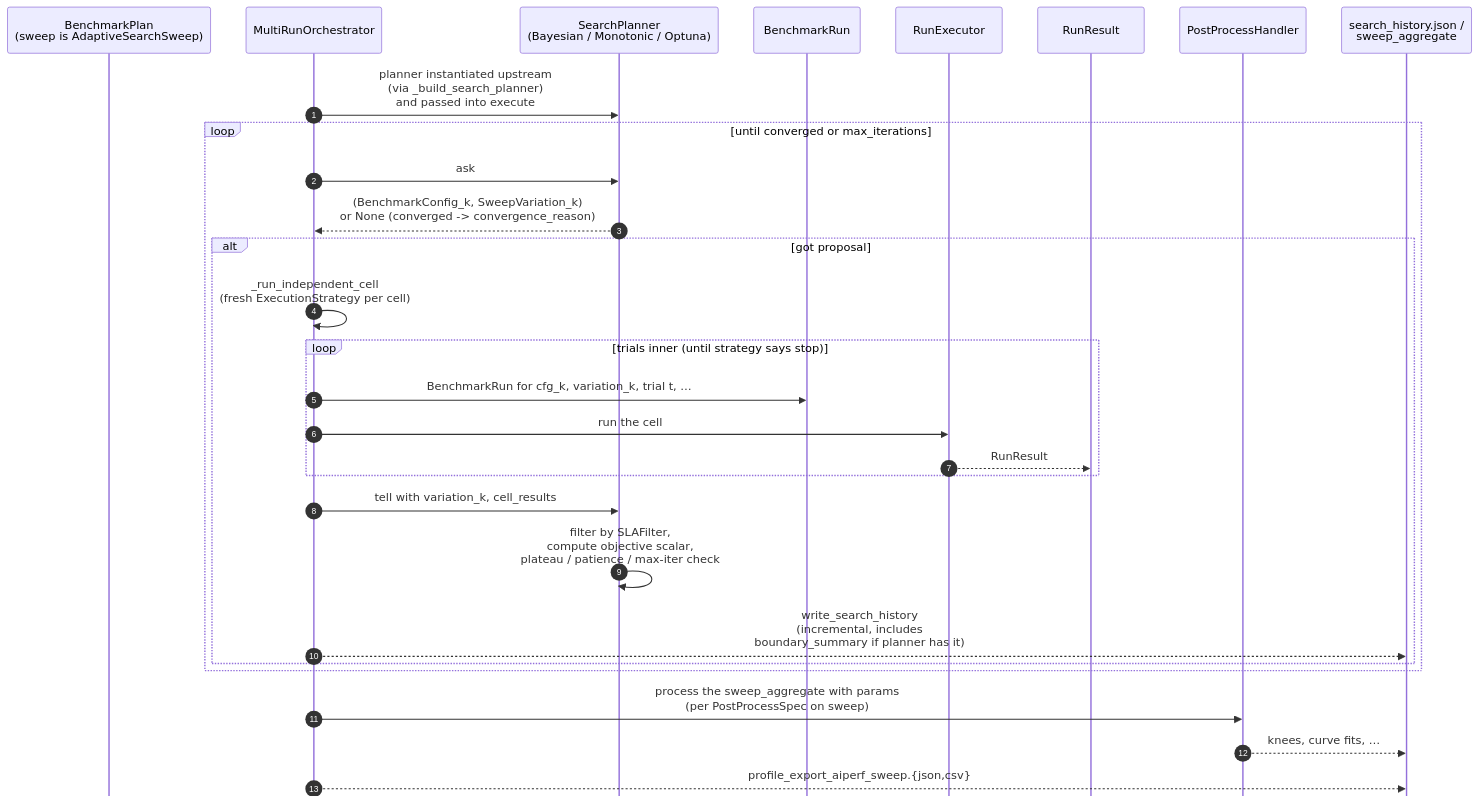
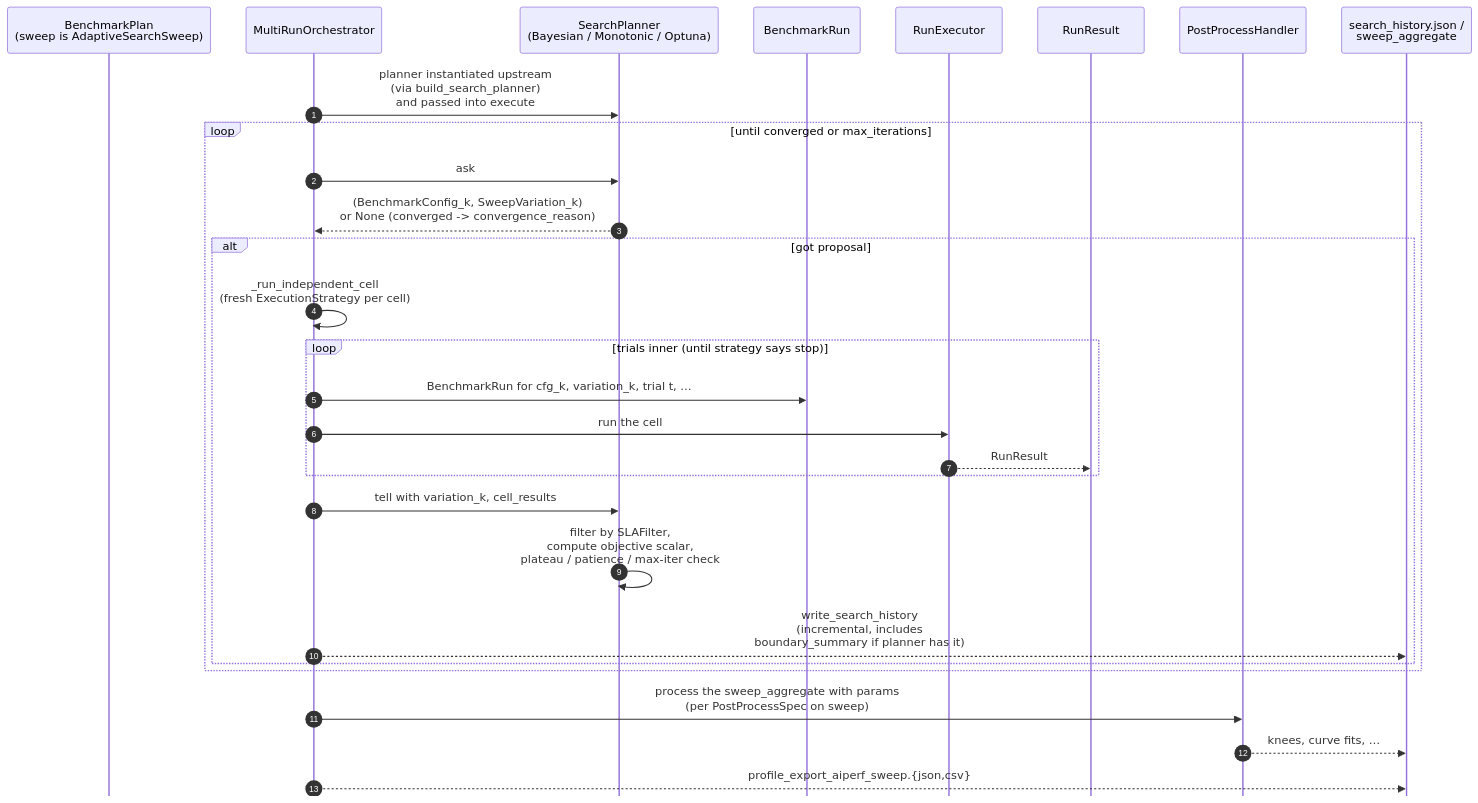
Before and after one commit to ai-dynamo/aiperf: diagram 31 of 35 in fern/pages-dev/dev/sweep-orchestrator.md, drawn with Mermaid. The commit also changed other lines of this file and 41 other files, not shown here.

````diff
--- a/fern/pages-dev/dev/sweep-orchestrator.md
+++ b/fern/pages-dev/dev/sweep-orchestrator.md
@@ -1928,35 +1935,35 @@
 ```mermaid
 %%{init: {'sequence': {'mirrorActors': false}, 'themeVariables': {'fontSize': '14px'}}}%%
 sequenceDiagram
     autonumber
     participant Plan as BenchmarkPlan<br/>(sweep is AdaptiveSearchSweep)
     participant Orch as MultiRunOrchestrator
     participant Pl as SearchPlanner<br/>(Bayesian / Monotonic / Optuna)
     participant Run as BenchmarkRun
     participant Exec as RunExecutor
     participant Res as RunResult
     participant PP as PostProcessHandler
     participant Out as search_history.json /<br/>sweep_aggregate
 
-    Orch->>Pl: planner instantiated upstream<br/>(via _build_search_planner)<br/>and passed into execute
+    Orch->>Pl: planner instantiated upstream<br/>(via build_search_planner)<br/>and passed into execute
 
     loop until converged or max_iterations
         Orch->>Pl: ask
         Pl-->>Orch: (BenchmarkConfig_k, SweepVariation_k)<br/>or None (converged -> convergence_reason)
         alt got proposal
             Orch->>Orch: _run_independent_cell<br/>(fresh ExecutionStrategy per cell)
             loop trials inner (until strategy says stop)
                 Orch->>Run: BenchmarkRun for cfg_k, variation_k, trial t, …
                 Orch->>Exec: run the cell
                 Exec-->>Res: RunResult
             end
             Orch->>Pl: tell with variation_k, cell_results
             Pl->>Pl: filter by SLAFilter,<br/>compute objective scalar,<br/>plateau / patience / max-iter check
             Orch-->>Out: write_search_history<br/>(incremental, includes<br/>boundary_summary if planner has it)
         end
     end
 
     Orch->>PP: process the sweep_aggregate with params<br/>(per PostProcessSpec on sweep)
     PP-->>Out: knees, curve fits, …
     Orch-->>Out: profile_export_aiperf_sweep.{json,csv}
 ```
````
